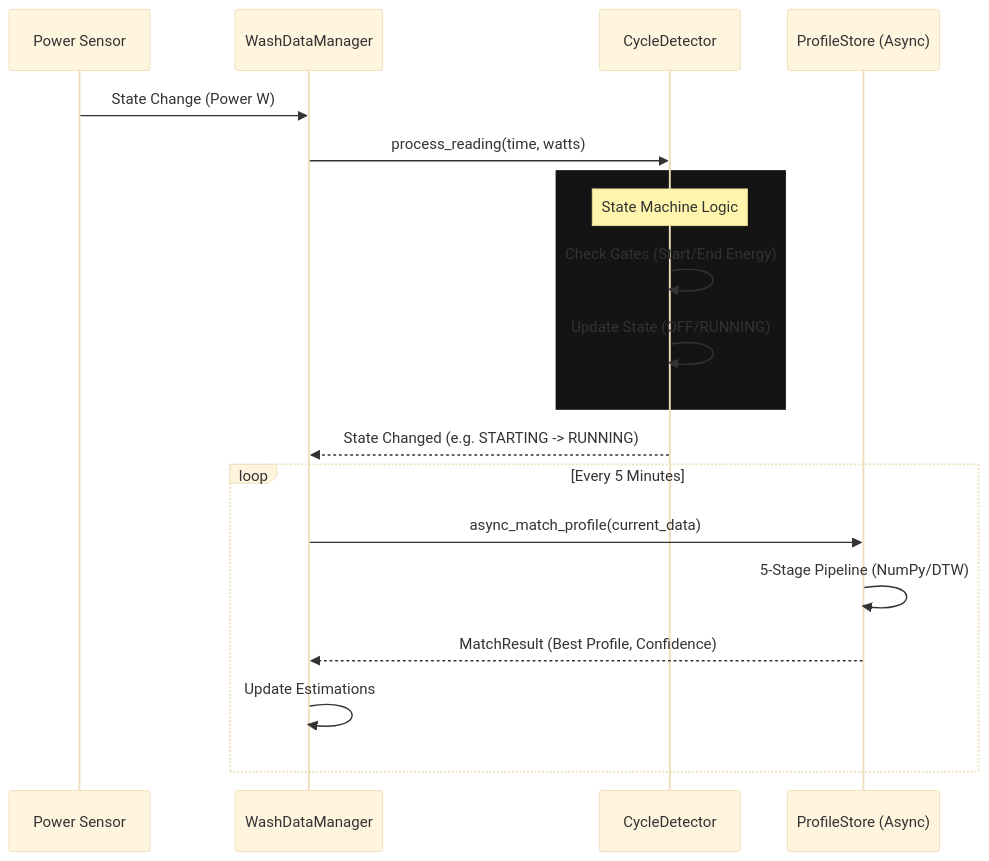
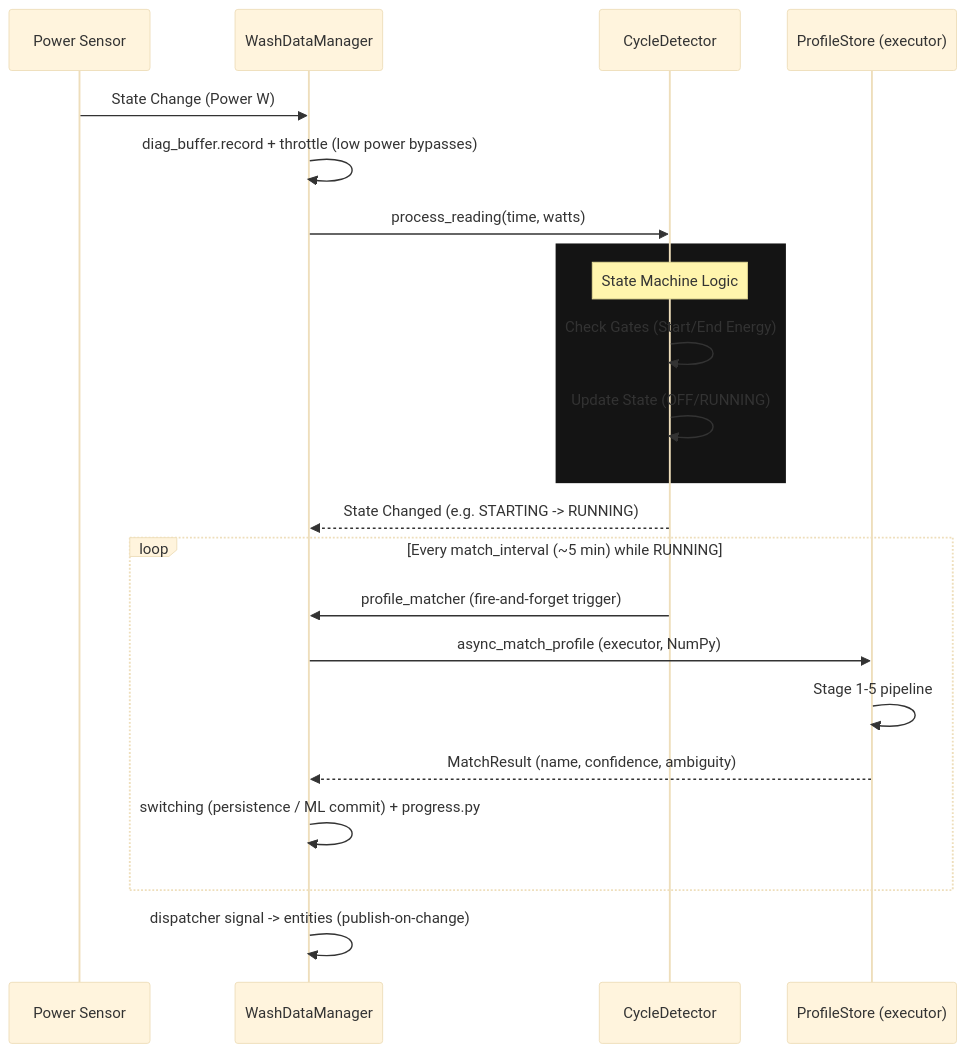
One commit to 3dg1luk43/ha_washdata changed the fourth of 10 diagrams in IMPLEMENTATION.md. Above: the diagram before and after it, drawn with Mermaid (base theme). The commit also changed other lines of this file and 7 other files, not shown here.

````diff
--- a/IMPLEMENTATION.md
+++ b/IMPLEMENTATION.md
@@ -79,25 +665,28 @@
  ```mermaid
  sequenceDiagram
      participant Sensor as Power Sensor
      participant Manager as WashDataManager
      participant Detector as CycleDetector
-     participant Matcher as ProfileStore (Async)
+     participant Matcher as ProfileStore (executor)
      
      Sensor->>Manager: State Change (Power W)
+     Manager->>Manager: diag_buffer.record + throttle (low power bypasses)
      Manager->>Detector: process_reading(time, watts)
      
      rect rgb(20, 20, 20)
      Note over Detector: State Machine Logic
      Detector->>Detector: Check Gates (Start/End Energy)
      Detector->>Detector: Update State (OFF/RUNNING)
      end
      
      Detector-->>Manager: State Changed (e.g. STARTING -> RUNNING)
      
-     loop Every 5 Minutes
-         Manager->>Matcher: async_match_profile(current_data)
-         Matcher->>Matcher: 5-Stage Pipeline (NumPy/DTW)
-         Matcher-->>Manager: MatchResult (Best Profile, Confidence)
-         Manager->>Manager: Update Estimations
+     loop Every match_interval (~5 min) while RUNNING
+         Detector->>Manager: profile_matcher (fire-and-forget trigger)
+         Manager->>Matcher: async_match_profile (executor, NumPy)
+         Matcher->>Matcher: Stage 1-5 pipeline
+         Matcher-->>Manager: MatchResult (name, confidence, ambiguity)
+         Manager->>Manager: switching (persistence / ML commit) + progress.py
      end
+     Manager->>Manager: dispatcher signal -> entities (publish-on-change)
  ```
````
